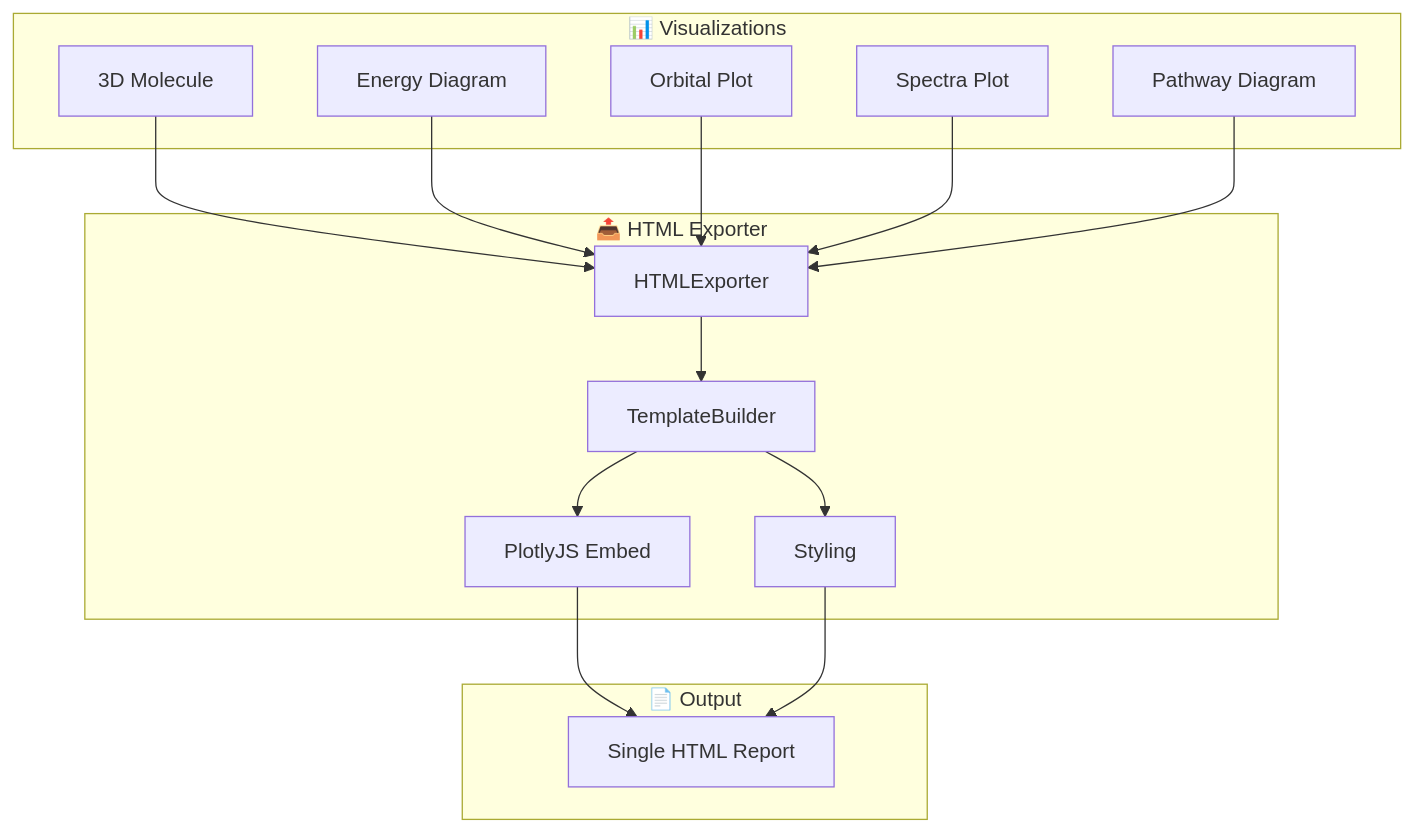
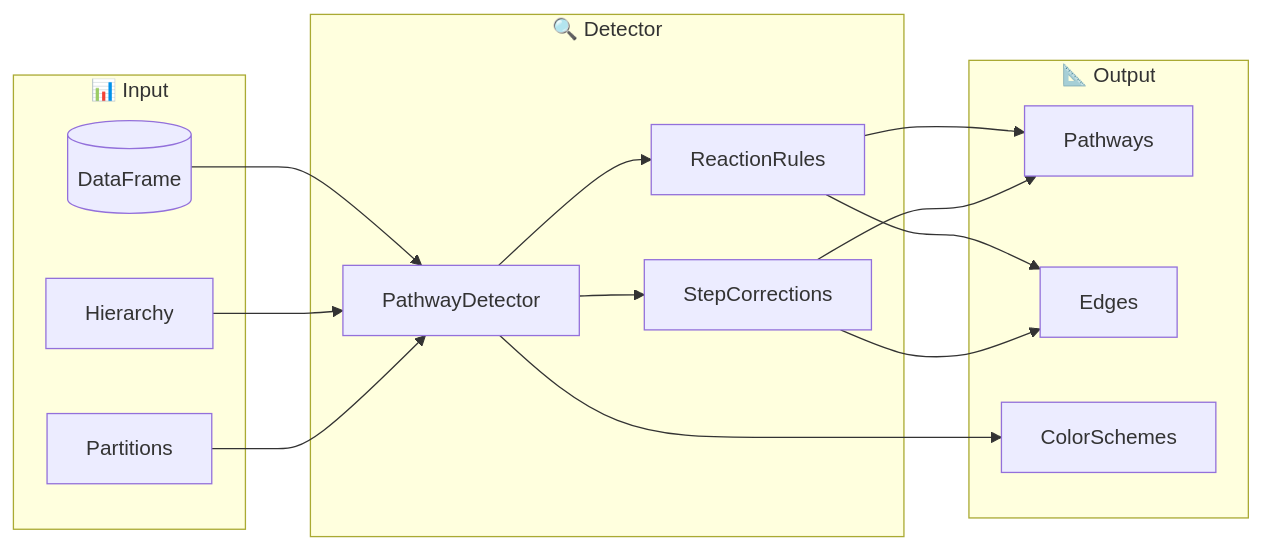
The third of 3 diagrams in README.md (jauharmz/Orca_Files), drawn with Mermaid before and after one commit. The commit also changed other lines of this file, not shown here.

Commit message:
docs: Update README to detail new hierarchy, partition, and data export features, and refine architecture diagrams.

````diff
--- a/README.md
+++ b/README.md
@@ -151,25 +126,24 @@
 ```mermaid
-graph TB
-    subgraph "📊 Visualizations"
-        V1[3D Molecule]
-        V2[Energy Diagram]
-        V3[Orbital Plot]
-        V4[Spectra Plot]
-        V5[Pathway Diagram]
+graph LR
+    subgraph "📊 Input"
+        DF[(DataFrame)]
+        HR[Hierarchy]
+        PT[Partitions]
     end
     
-    subgraph "📤 HTML Exporter"
-        HE[HTMLExporter]
-        TB[TemplateBuilder]
-        JS[PlotlyJS Embed]
-        CSS[Styling]
+    subgraph "🔍 Detector"
+        PD[PathwayDetector]
+        RR[ReactionRules]
+        SC[StepCorrections]
     end
     
-    subgraph "📄 Output"
-        HTML[Single HTML Report]
+    subgraph "📐 Output"
+        PW[Pathways]
+        ED[Edges]
+        CS[ColorSchemes]
     end
     
-    V1 & V2 & V3 & V4 & V5 --> HE
-    HE --> TB --> JS & CSS
-    JS & CSS --> HTML
+    DF & HR & PT --> PD
+    PD --> RR & SC --> PW & ED
+    PD --> CS
 ```
````
